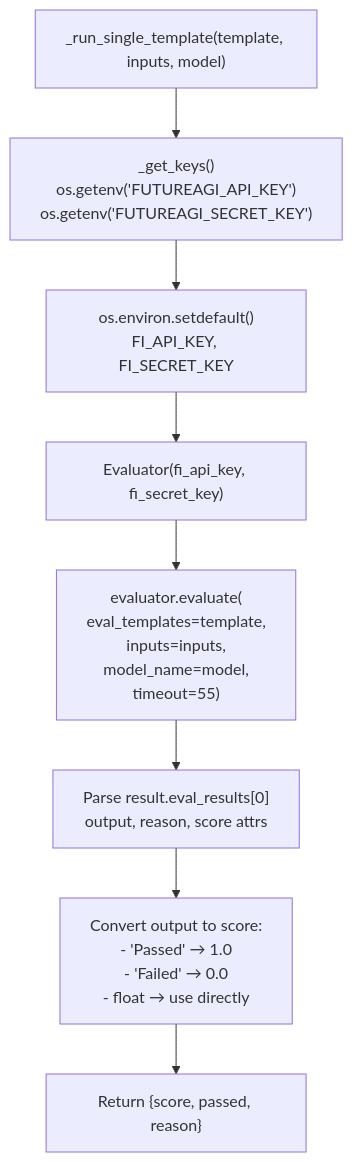
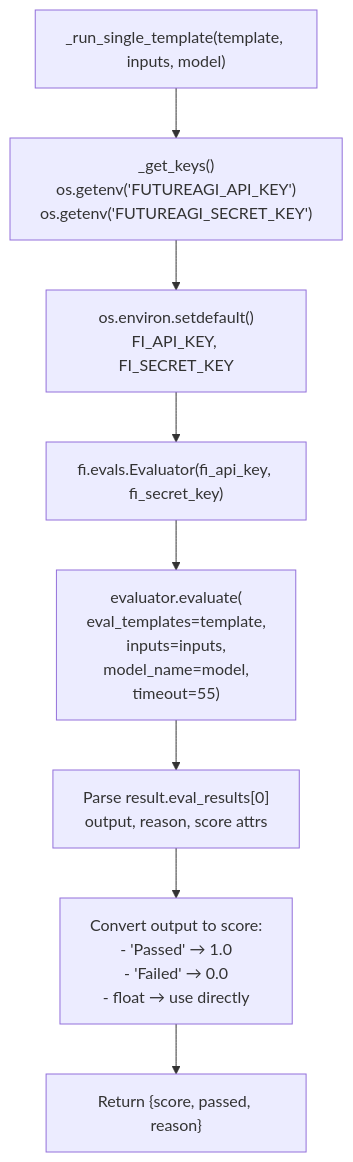
The fourth of 4 diagrams in docs/prompt-optimization/live-traffic-scoring.md (AutomatosAI/automatos-ai), drawn with Mermaid before and after one commit. The commit also changed other lines of this file and 153 other files, not shown here.

````diff
--- a/docs/prompt-optimization/live-traffic-scoring.md
+++ b/docs/prompt-optimization/live-traffic-scoring.md
@@ -217,19 +214,19 @@
 ```mermaid
 graph TD
     Start["_run_single_template(template, inputs, model)"]
     GetKeys["_get_keys()<br/>os.getenv('FUTUREAGI_API_KEY')<br/>os.getenv('FUTUREAGI_SECRET_KEY')"]
     SetEnv["os.environ.setdefault()<br/>FI_API_KEY, FI_SECRET_KEY"]
-    CreateEval["Evaluator(fi_api_key, fi_secret_key)"]
+    CreateEval["fi.evals.Evaluator(fi_api_key, fi_secret_key)"]
     CallSDK["evaluator.evaluate(<br/>eval_templates=template,<br/>inputs=inputs,<br/>model_name=model,<br/>timeout=55)"]
     ParseResult["Parse result.eval_results[0]<br/>output, reason, score attrs"]
     ExtractScore["Convert output to score:<br/>- 'Passed' → 1.0<br/>- 'Failed' → 0.0<br/>- float → use directly"]
     Return["Return {score, passed, reason}"]
     
     Start --> GetKeys
     GetKeys --> SetEnv
     SetEnv --> CreateEval
     CreateEval --> CallSDK
     CallSDK --> ParseResult
     ParseResult --> ExtractScore
     ExtractScore --> Return
 ```
````
